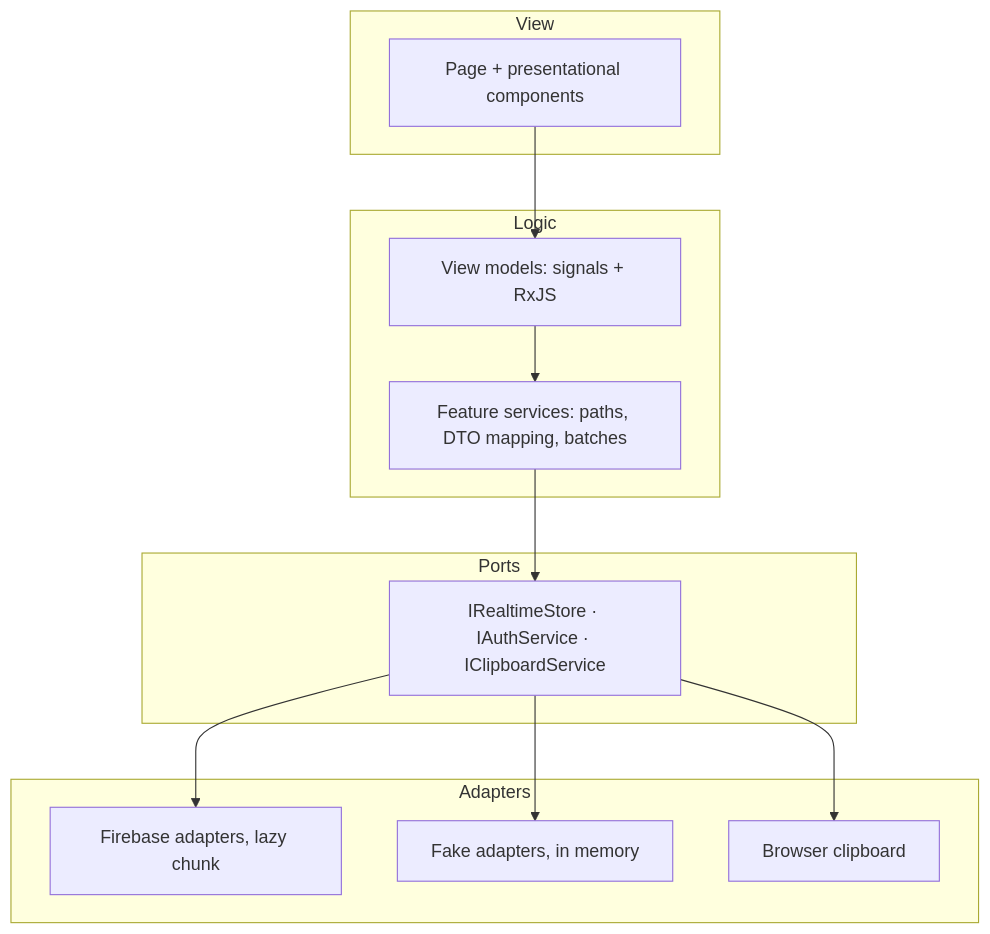
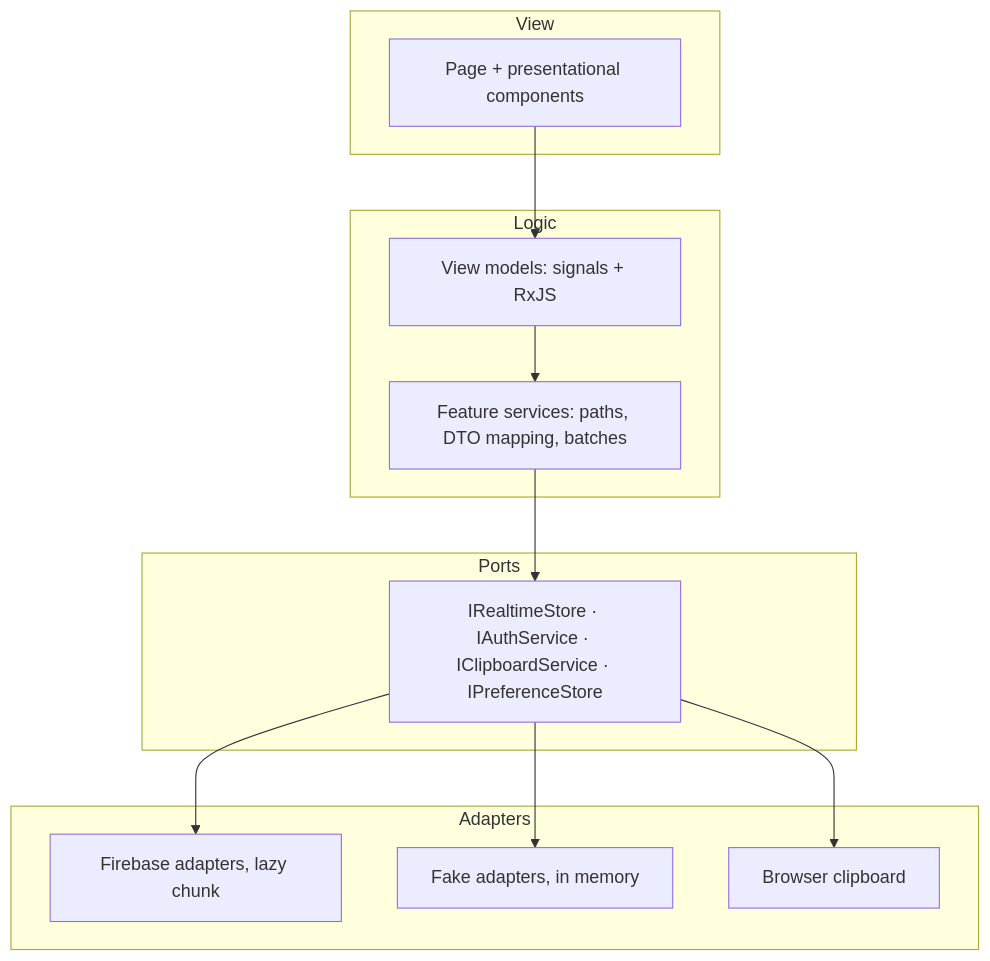
One commit to RaviAkhouri30/PlanningPoker changed the second of 2 diagrams in docs/architecture/overview.md. Above: the diagram before and after it, drawn with Mermaid. The commit also changed 50 other files, not shown here.

````diff
--- a/docs/architecture/overview.md
+++ b/docs/architecture/overview.md
@@ -23,22 +23,22 @@
 ```mermaid
 flowchart TB
   subgraph View
     C[Page + presentational components]
   end
   subgraph Logic
     VM[View models: signals + RxJS]
     S[Feature services: paths, DTO mapping, batches]
   end
   subgraph Ports
-    P[IRealtimeStore · IAuthService · IClipboardService]
+    P[IRealtimeStore · IAuthService · IClipboardService · IPreferenceStore]
   end
   subgraph Adapters
     F[Firebase adapters, lazy chunk]
     K[Fake adapters, in memory]
     B[Browser clipboard]
   end
   C --> VM --> S --> P
   P --> F
   P --> K
   P --> B
 ```
````
